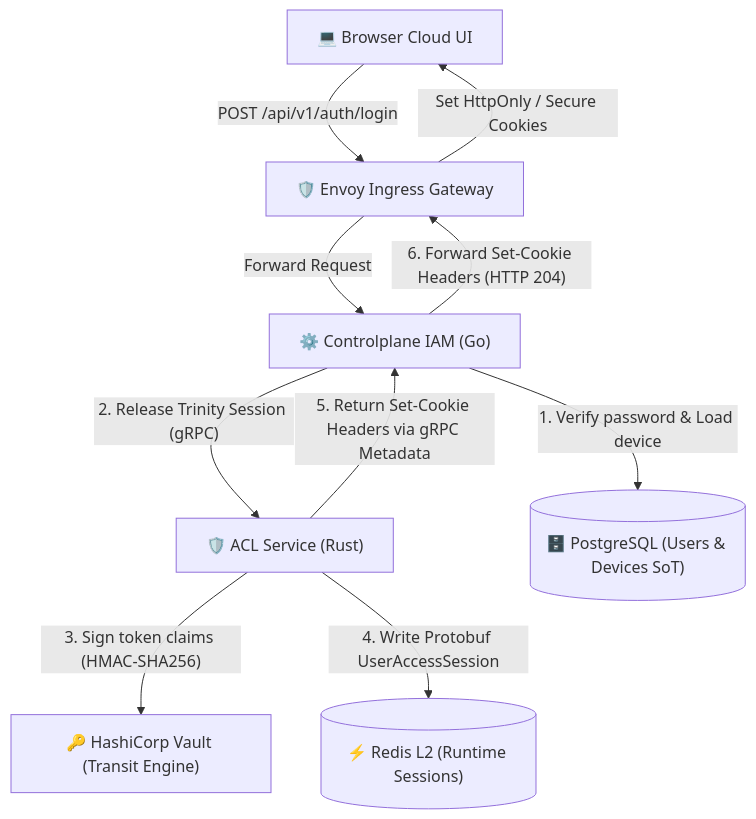
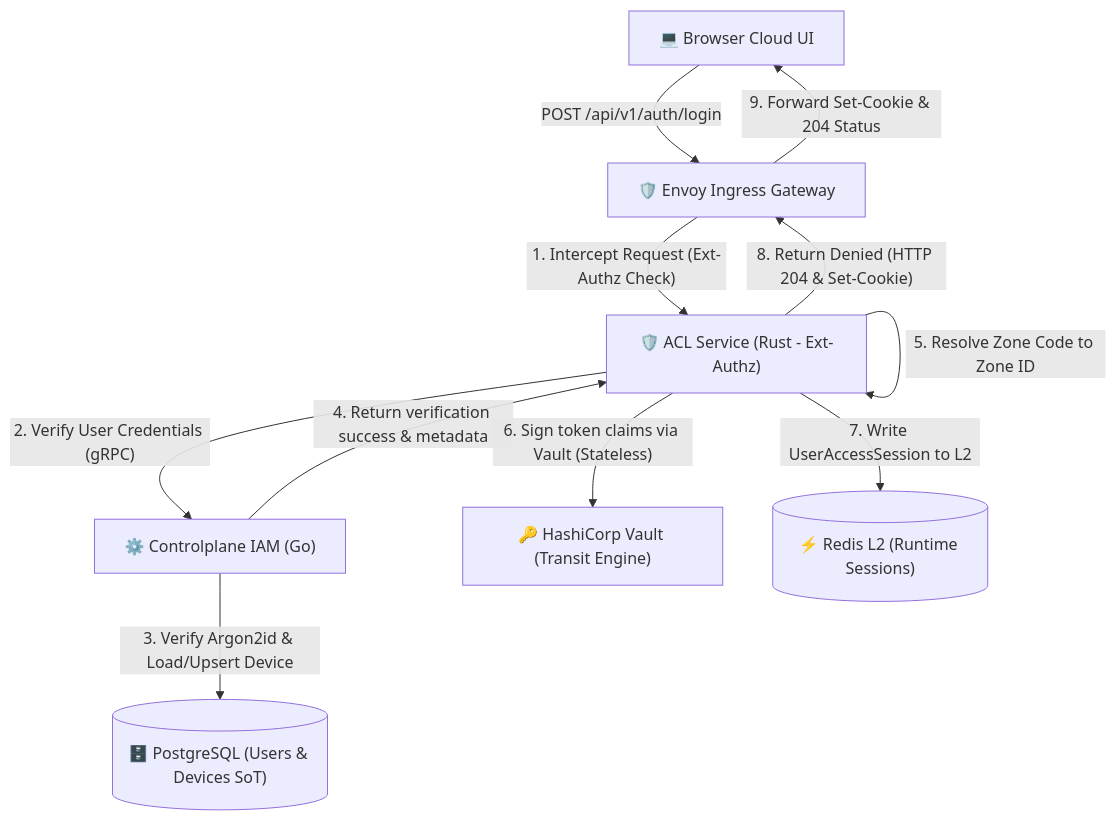
The first of 6 diagrams in god_view/iam/user_login_god_view_workflow.md (phucle996/aurora), drawn with Mermaid before and after one commit. The commit also changed other lines of this file and 50 other files, not shown here.

Commit message:
refactor: remove legacy refresh token handler and grace period configuration while updating authentication model schema

````diff
--- a/god_view/iam/user_login_god_view_workflow.md
+++ b/god_view/iam/user_login_god_view_workflow.md
@@ -34,20 +35,21 @@
 ```mermaid
 graph TD
     UI["💻 Browser Cloud UI"]
     Envoy["🛡️ Envoy Ingress Gateway"]
+    ACL["🛡️ ACL Service (Rust - Ext-Authz)"]
     CP["⚙️ Controlplane IAM (Go)"]
-    ACL["🛡️ ACL Service (Rust)"]
     Vault["🔑 HashiCorp Vault (Transit Engine)"]
     Redis[("⚡ Redis L2 (Runtime Sessions)")]
     DB[("🗄️ PostgreSQL (Users & Devices SoT)")]
 
     UI -- "POST /api/v1/auth/login" --> Envoy
-    Envoy -- "Forward Request" --> CP
-    CP -- "1. Verify password & Load device" --> DB
-    CP -- "2. Release Trinity Session (gRPC)" --> ACL
-    ACL -- "3. Sign token claims (HMAC-SHA256)" --> Vault
-    ACL -- "4. Write Protobuf UserAccessSession" --> Redis
-    ACL -- "5. Return Set-Cookie Headers via gRPC Metadata" --> CP
-    CP -- "6. Forward Set-Cookie Headers (HTTP 204)" --> Envoy
-    Envoy -- "Set HttpOnly / Secure Cookies" --> UI
+    Envoy -- "1. Intercept Request (Ext-Authz Check)" --> ACL
+    ACL -- "2. Verify User Credentials (gRPC)" --> CP
+    CP -- "3. Verify Argon2id & Load/Upsert Device" --> DB
+    CP -- "4. Return verification success & metadata" --> ACL
+    ACL -- "5. Resolve Zone Code to Zone ID" --> ACL
+    ACL -- "6. Sign token claims via Vault (Stateless)" --> Vault
+    ACL -- "7. Write UserAccessSession to L2" --> Redis
+    ACL -- "8. Return Denied (HTTP 204 & Set-Cookie)" --> Envoy
+    Envoy -- "9. Forward Set-Cookie & 204 Status" --> UI
 ```
````
